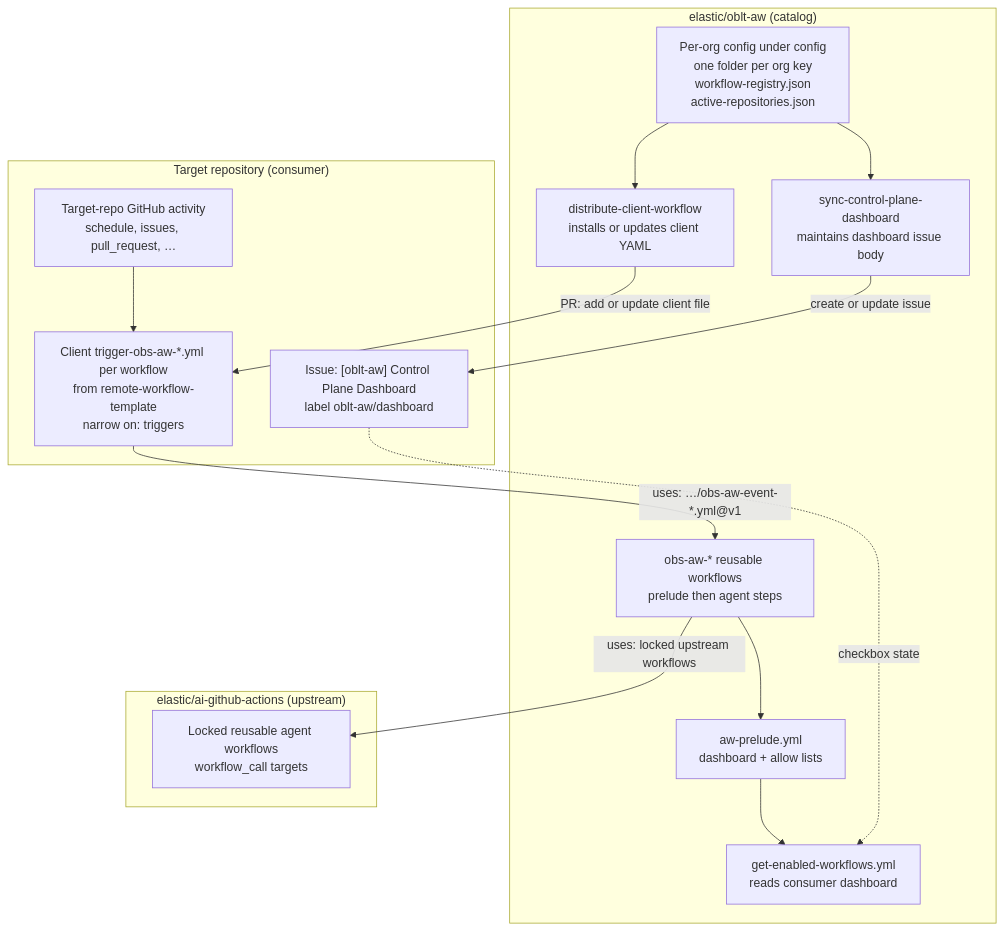
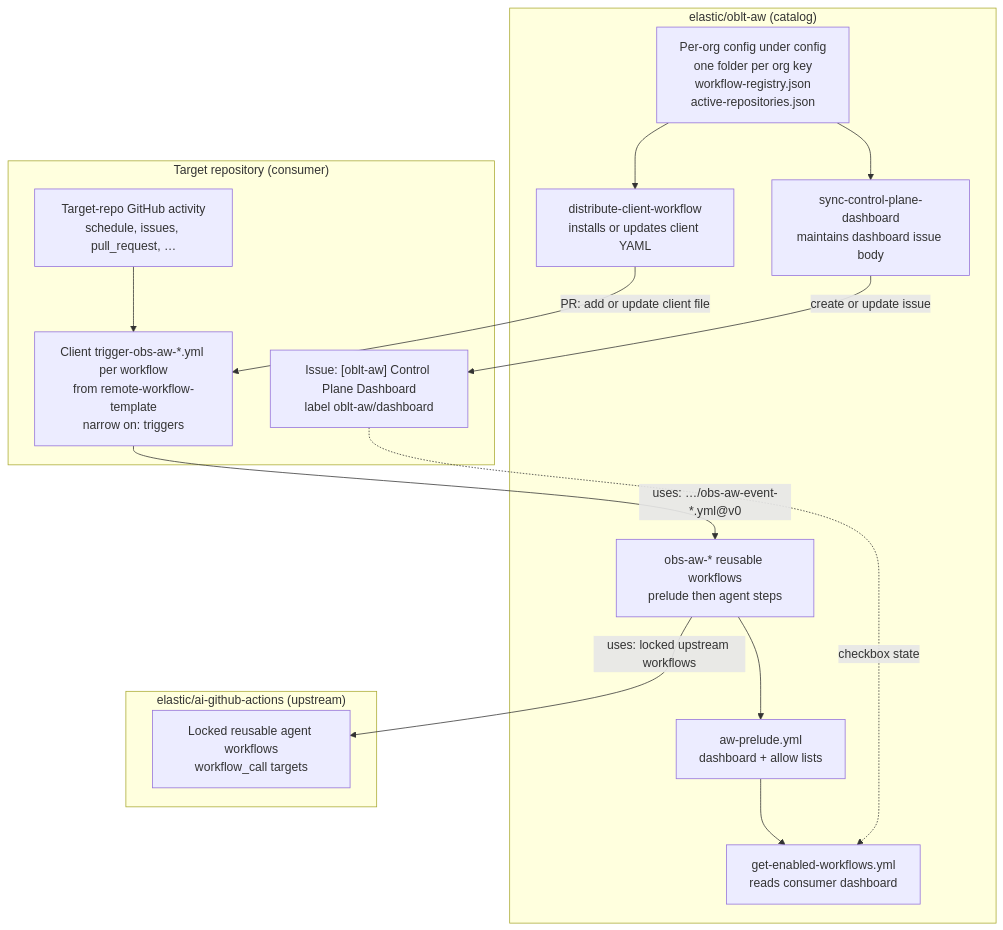
Before and after one commit to elastic/oblt-aw: the first of 4 diagrams in docs/architecture/overview.md, drawn with Mermaid. The commit also changed other lines of this file and 27 other files, not shown here.

````diff
--- a/docs/architecture/overview.md
+++ b/docs/architecture/overview.md
@@ -48,32 +48,32 @@
 ```mermaid
 flowchart TB
   subgraph OBLT["elastic/oblt-aw (catalog)"]
     CFG["Per-org config under config\none folder per org key\nworkflow-registry.json\nactive-repositories.json"]
     DIST["distribute-client-workflow\ninstalls or updates client YAML"]
     SYNC["sync-control-plane-dashboard\nmaintains dashboard issue body"]
     PRE["aw-prelude.yml\ndashboard + allow lists"]
     GET["get-enabled-workflows.yml\nreads consumer dashboard"]
     GHA["obs-aw-* reusable workflows\nprelude then agent steps"]
     CFG --> DIST
     CFG --> SYNC
     PRE --> GET
     GHA --> PRE
   end
 
   subgraph UP["elastic/ai-github-actions (upstream)"]
     LOCK["Locked reusable agent workflows\nworkflow_call targets"]
   end
 
   subgraph CON["Target repository (consumer)"]
     EVT["Target-repo GitHub activity\nschedule, issues, pull_request, …"]
     CLIENT["Client trigger-obs-aw-*.yml per workflow\nfrom remote-workflow-template\nnarrow on: triggers"]
     DASH["Issue: [oblt-aw] Control Plane Dashboard\nlabel oblt-aw/dashboard"]
     EVT --> CLIENT
     DASH -.->|checkbox state| GET
   end
 
   DIST -->|PR: add or update client file| CLIENT
   SYNC -->|create or update issue| DASH
-  CLIENT -->|uses: …/obs-aw-event-*.yml@v1| GHA
+  CLIENT -->|uses: …/obs-aw-event-*.yml@v0| GHA
   GHA -->|uses: locked upstream workflows| LOCK
 ```
````
